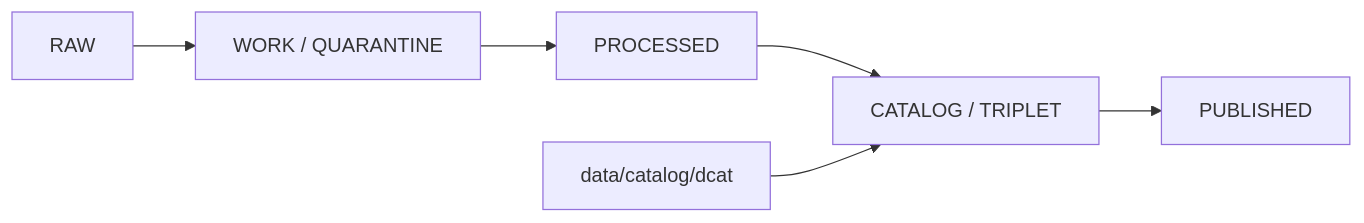
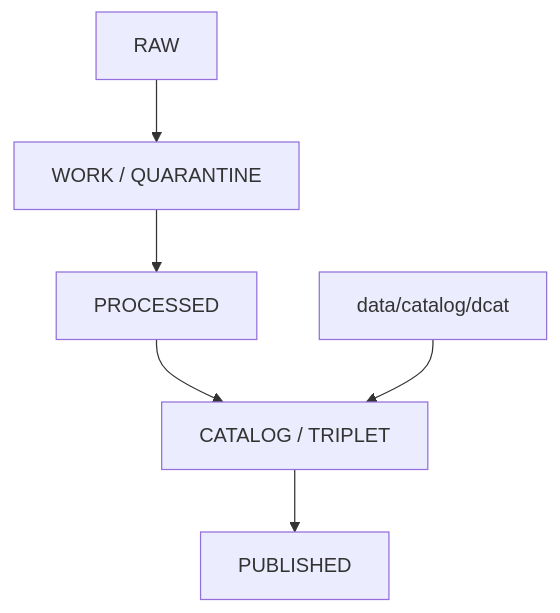
One commit to bartytime4life/Kansas-Frontier-Matrix changed the diagram in data/catalog/dcat/README.md. Above: the diagram before and after it, drawn with Mermaid. The commit also changed other lines of this file, not shown here.

Commit message:
docs(catalog): ground DCAT catalog lane

````diff
--- a/data/catalog/dcat/README.md
+++ b/data/catalog/dcat/README.md
@@ -63,8 +66,8 @@
 ```mermaid
-flowchart LR
-  RAW[RAW] --> WORK[WORK / QUARANTINE]
-  WORK --> PROCESSED[PROCESSED]
-  PROCESSED --> CATALOG[CATALOG / TRIPLET]
-  CATALOG --> PUBLISHED[PUBLISHED]
-  DCAT[data/catalog/dcat] --> CATALOG
+flowchart TD
+  A["RAW"] --> B["WORK / QUARANTINE"]
+  B --> C["PROCESSED"]
+  C --> D["CATALOG / TRIPLET"]
+  D --> E["PUBLISHED"]
+  F["data/catalog/dcat"] --> D
 ```
````
